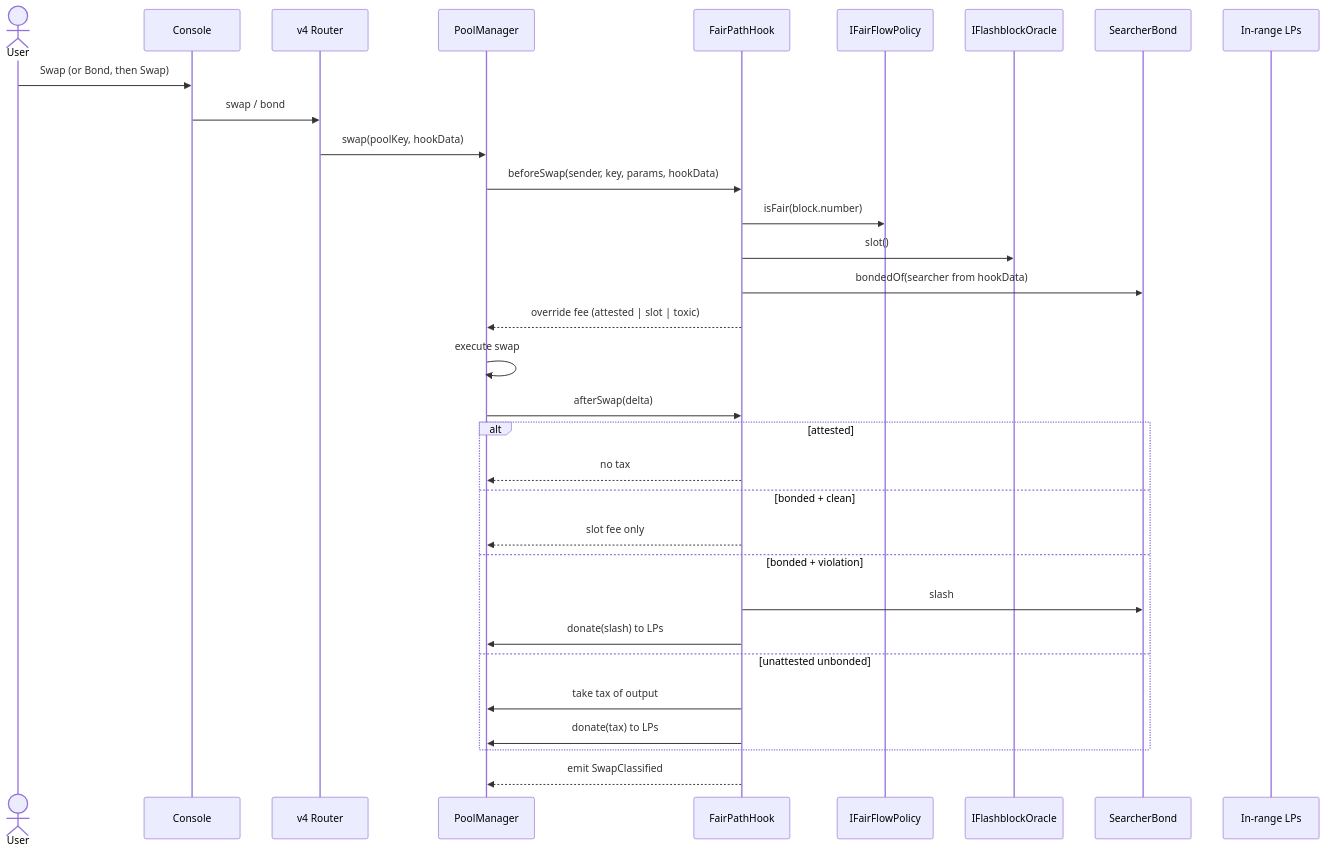
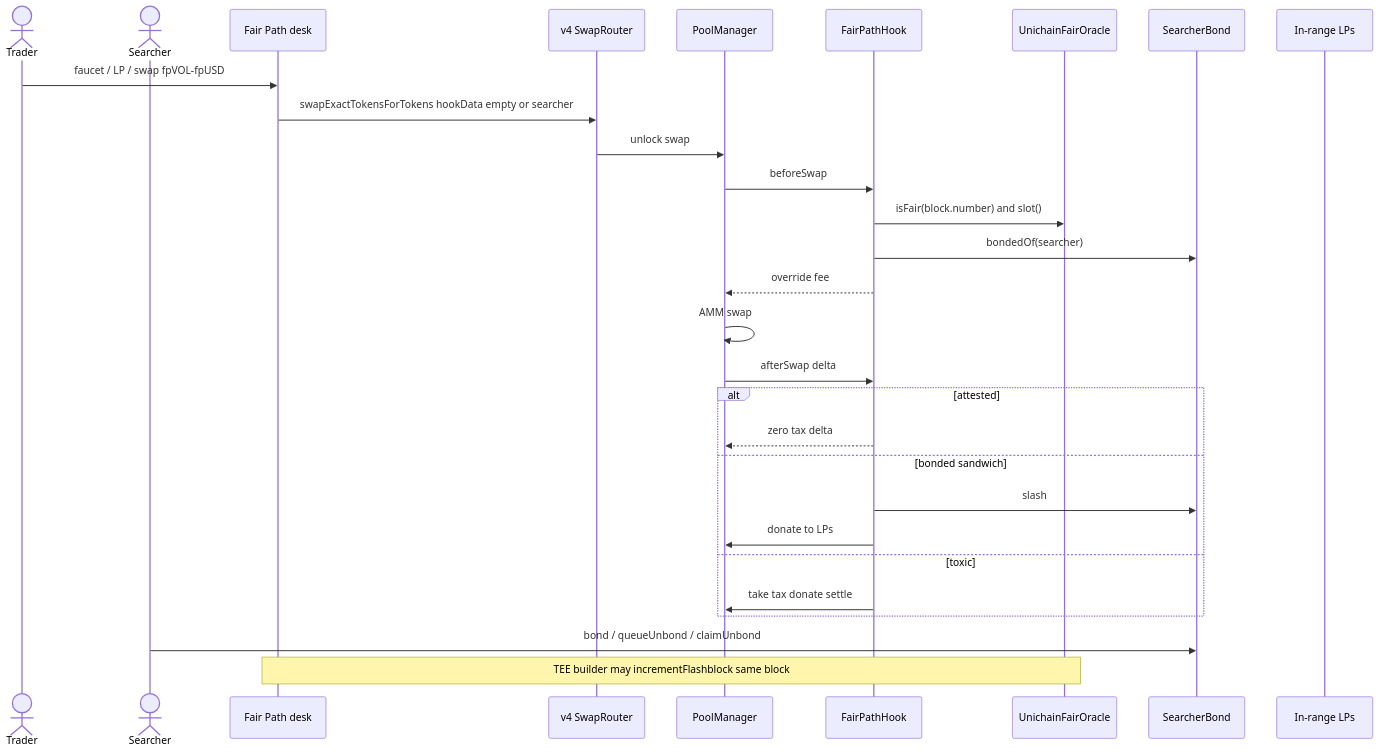
One commit to Najnomics/fair-path changed the second of 3 diagrams in README.md. Above: the diagram before and after it, drawn with Mermaid. The commit also changed other lines of this file, not shown here.

Commit message:
Expand the README with idea, flow, deployments, integrations, and the business case.

````diff
--- a/README.md
+++ b/README.md
@@ -137,35 +86,32 @@
 ```mermaid
 sequenceDiagram
-    actor User
-    participant UI as Console
-    participant Router as v4 Router
+    actor Trader
+    actor Searcher
+    participant Desk as Fair Path desk
+    participant Router as v4 SwapRouter
     participant PM as PoolManager
     participant Hook as FairPathHook
-    participant Policy as IFairFlowPolicy
-    participant FB as IFlashblockOracle
+    participant Oracle as UnichainFairOracle
     participant Bond as SearcherBond
     participant LPs as In-range LPs
 
-    User->>UI: Swap (or Bond, then Swap)
-    UI->>Router: swap / bond
-    Router->>PM: swap(poolKey, hookData)
-    PM->>Hook: beforeSwap(sender, key, params, hookData)
-    Hook->>Policy: isFair(block.number)
-    Hook->>FB: slot()
-    Hook->>Bond: bondedOf(searcher from hookData)
-    Hook-->>PM: override fee (attested | slot | toxic)
-    PM->>PM: execute swap
-    PM->>Hook: afterSwap(delta)
+    Trader->>Desk: faucet / LP / swap fpVOL-fpUSD
+    Desk->>Router: swapExactTokensForTokens hookData empty or searcher
+    Router->>PM: unlock swap
+    PM->>Hook: beforeSwap
+    Hook->>Oracle: isFair(block.number) and slot()
+    Hook->>Bond: bondedOf(searcher)
+    Hook-->>PM: override fee
+    PM->>PM: AMM swap
+    PM->>Hook: afterSwap delta
     alt attested
-        Hook-->>PM: no tax
-    else bonded + clean
-        Hook-->>PM: slot fee only
-    else bonded + violation
+        Hook-->>PM: zero tax delta
+    else bonded sandwich
         Hook->>Bond: slash
-        Hook->>PM: donate(slash) to LPs
-    else unattested unbonded
-        Hook->>PM: take tax of output
-        Hook->>PM: donate(tax) to LPs
+        Hook->>PM: donate to LPs
+    else toxic
+        Hook->>PM: take tax donate settle
     end
-    Hook-->>PM: emit SwapClassified
+    Searcher->>Bond: bond / queueUnbond / claimUnbond
+    Note over Desk,Oracle: TEE builder may incrementFlashblock same block
 ```
````
